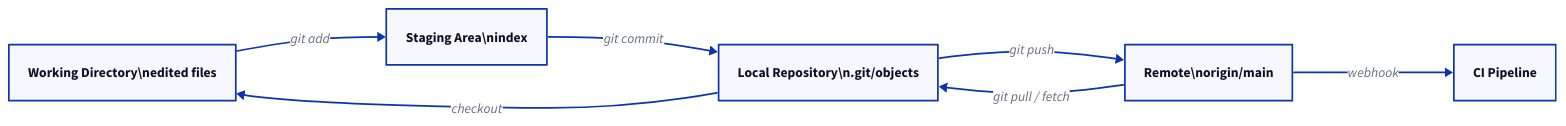
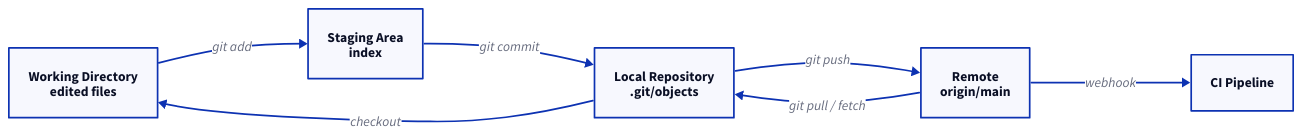
The diagram in docs/git/basic-git-workflow-add-commit-push.md (rebash-rebash/rebash-academy), drawn with D2 before and after one commit. The commit also changed 177 other files, not shown here.

First line of the commit message:
Ship Terraform track, diagram polish, and new brand favicon.

````diff
--- a/docs/git/basic-git-workflow-add-commit-push.md
+++ b/docs/git/basic-git-workflow-add-commit-push.md
@@ -57,15 +57,15 @@
 ```d2
 direction: right
 
-WD: "Working Directory\\nedited files"
-    SA: "Staging Area\\nindex"
-    REPO: "Local Repository\\n.git/objects"
-    REMOTE: "Remote\\norigin/main"
+WD: "Working Directory\nedited files"
+    SA: "Staging Area\nindex"
+    REPO: "Local Repository\n.git/objects"
+    REMOTE: "Remote\norigin/main"
     CI: "CI Pipeline"
     WD -> SA: "git add"
     SA -> REPO: "git commit"
     REPO -> REMOTE: "git push"
     REMOTE -> CI: webhook
     REMOTE -> REPO: "git pull / fetch"
     REPO -> WD: checkout
 ```
````
